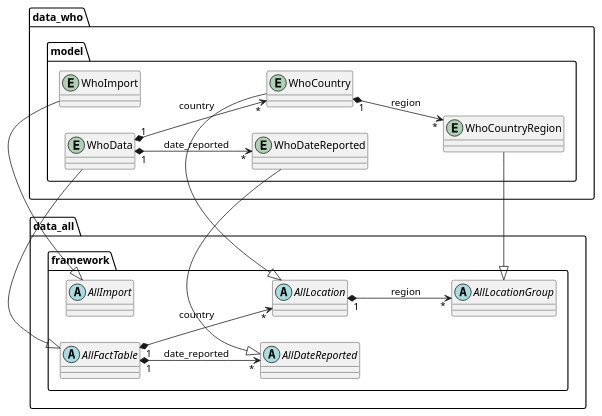
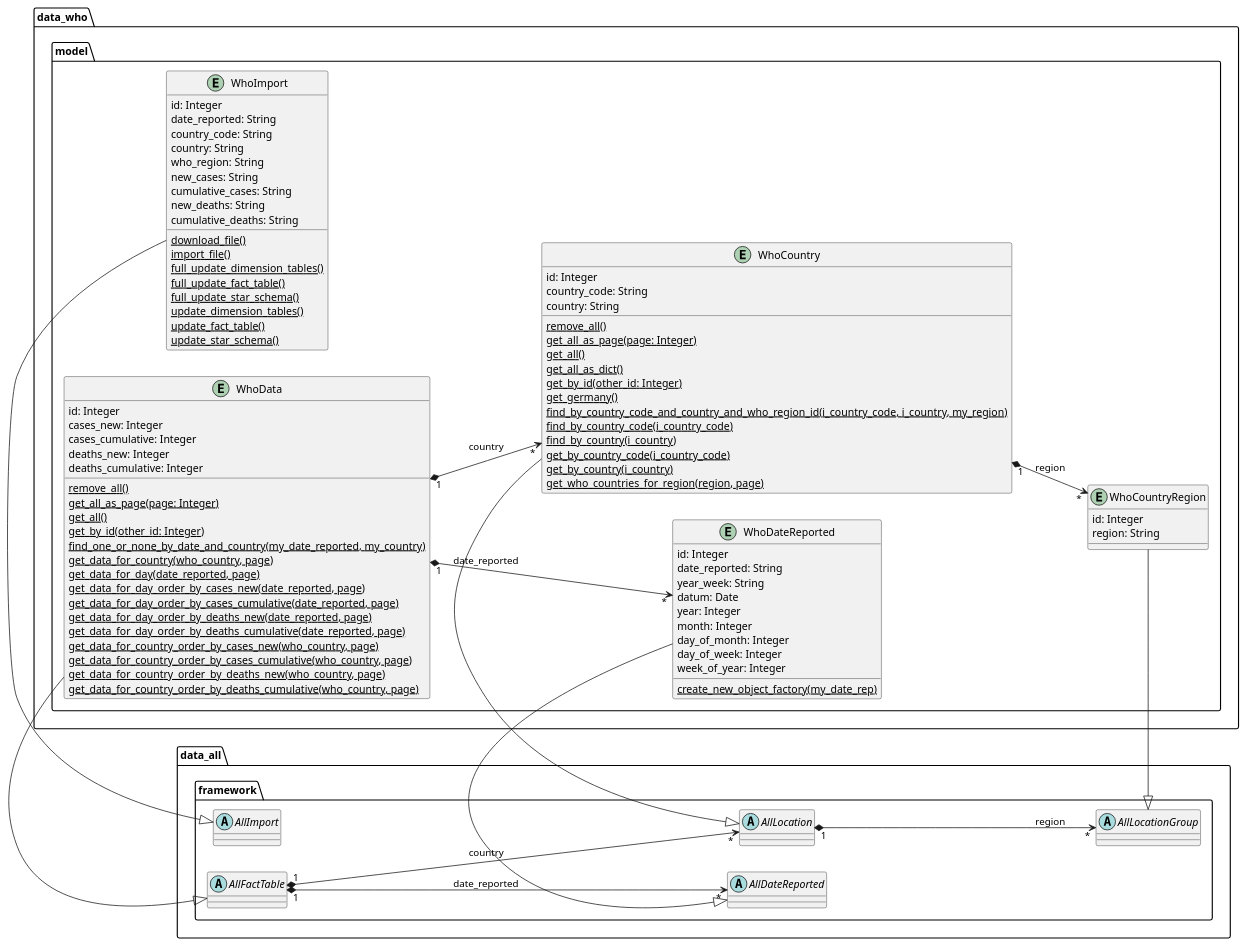
One commit to thomaswoehlke/flask_covid19 changed the diagram in docs/uml/project/data_who/model_impl.puml. Above: the diagram before and after it, drawn with PlantUML. The commit also changed 26 other files, not shown here.

```diff
--- a/docs/uml/project/data_who/model_impl.puml
+++ b/docs/uml/project/data_who/model_impl.puml
@@ -1,35 +1,110 @@
 @startuml
 left to right direction
 'https://plantuml.com/class-diagram
 
 package data_all.framework {
+
     abstract class AllImport {}
     abstract class AllDateReported {}
     abstract class AllLocation {}
     abstract class AllLocationGroup {}
     abstract class AllFactTable {}
 
     AllLocation "1" *--> "*" AllLocationGroup : region
     AllFactTable "1" *--> "*" AllLocation : country
     AllFactTable "1" *--> "*" AllDateReported : date_reported
 }
 
 package data_who.model {
-    entity WhoData {}
-    entity WhoDateReported {}
-    entity WhoImport {}
-    entity WhoCountry {}
-    entity WhoCountryRegion {}
+
+    entity WhoImport {
+	    id: Integer
+	    date_reported: String
+	    country_code: String
+	    country: String
+	    who_region: String
+	    new_cases: String
+	    cumulative_cases: String
+	    new_deaths: String
+	    cumulative_deaths: String
+		{classifier} download_file()
+		{classifier} import_file()
+		{classifier} full_update_dimension_tables()
+		{classifier} full_update_fact_table()
+		{classifier} full_update_star_schema()
+		{classifier} update_dimension_tables()
+		{classifier} update_fact_table()
+		{classifier} update_star_schema()
+	}
+
+	entity WhoDateReported {
+	    id: Integer
+		date_reported: String
+	    year_week: String
+	    datum: Date
+	    year: Integer
+	    month: Integer
+	    day_of_month: Integer
+	    day_of_week: Integer
+	    week_of_year: Integer
+	    {classifier} create_new_object_factory(my_date_rep)
+	}
+
+	entity WhoCountry {
+	    id: Integer
+		country_code: String
+	    country: String
+	    {classifier} remove_all()
+	    {classifier} get_all_as_page(page: Integer)
+	    {classifier} get_all()
+	    {classifier} get_all_as_dict()
+	    {classifier} get_by_id(other_id: Integer)
+	    {classifier} get_germany()
+	    {classifier} find_by_country_code_and_country_and_who_region_id(i_country_code, i_country, my_region)
+	    {classifier} find_by_country_code(i_country_code)
+	    {classifier} find_by_country(i_country)
+	    {classifier} get_by_country_code(i_country_code)
+	    {classifier} get_by_country(i_country)
+	    {classifier} get_who_countries_for_region(region, page)
+	}
+
+	entity WhoCountryRegion {
+	    id: Integer
+	    region: String
+	}
+
+	entity WhoData {
+	    id: Integer
+		cases_new: Integer
+	    cases_cumulative: Integer
+	    deaths_new: Integer
+	    deaths_cumulative: Integer
+	    {classifier} remove_all()
+	    {classifier} get_all_as_page(page: Integer)
+	    {classifier} get_all()
+	    {classifier} get_by_id(other_id: Integer)
+	    {classifier} find_one_or_none_by_date_and_country(my_date_reported, my_country)
+	    {classifier} get_data_for_country(who_country, page)
+	    {classifier} get_data_for_day(date_reported, page)
+	    {classifier} get_data_for_day_order_by_cases_new(date_reported, page)
+	    {classifier} get_data_for_day_order_by_cases_cumulative(date_reported, page)
+	    {classifier} get_data_for_day_order_by_deaths_new(date_reported, page)
+	    {classifier} get_data_for_day_order_by_deaths_cumulative(date_reported, page)
+	    {classifier} get_data_for_country_order_by_cases_new(who_country, page)
+	    {classifier} get_data_for_country_order_by_cases_cumulative(who_country, page)
+	    {classifier} get_data_for_country_order_by_deaths_new(who_country, page)
+	    {classifier} get_data_for_country_order_by_deaths_cumulative(who_country, page)
+	}
 
     AllImport <|- WhoImport
     AllDateReported <|- WhoDateReported
     AllLocation <|- WhoCountry
     AllLocationGroup <|- WhoCountryRegion
     AllFactTable <|- WhoData
 
     WhoCountry "1" *--> "*" WhoCountryRegion : region
     WhoData "1" *--> "*" WhoCountry : country
     WhoData "1" *--> "*" WhoDateReported : date_reported
 }
 
 @enduml
```
